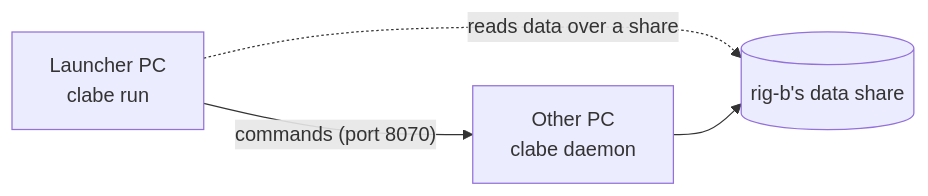
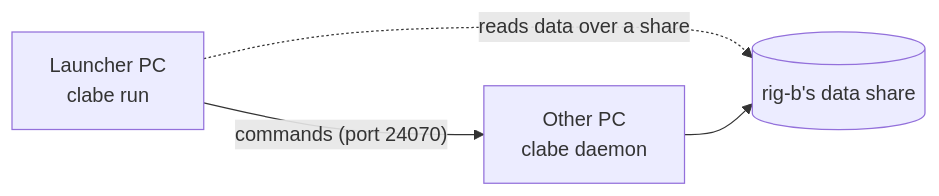
The diagram in docs/articles/remote_execution.md (AllenNeuralDynamics/clabe), drawn with Mermaid before and after one commit. The commit also changed 12 other files, not shown here.

First line of the commit message:
The daemon's default port is 24070

````diff
--- a/docs/articles/remote_execution.md
+++ b/docs/articles/remote_execution.md
@@ -5,6 +5,6 @@
 ```mermaid
 flowchart LR
-    L["Launcher PC<br/>clabe run"] -- "commands (port 8070)" --> D["Other PC<br/>clabe daemon"]
+    L["Launcher PC<br/>clabe run"] -- "commands (port 24070)" --> D["Other PC<br/>clabe daemon"]
     L -. "reads data over a share" .-> S[("rig-b's data share")]
     D --> S
 ```
````
